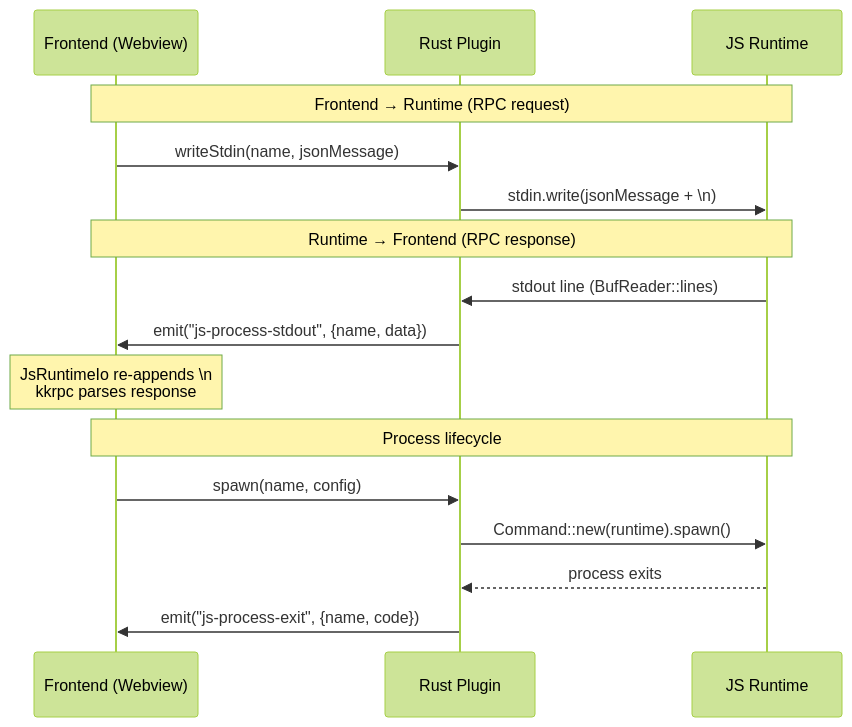
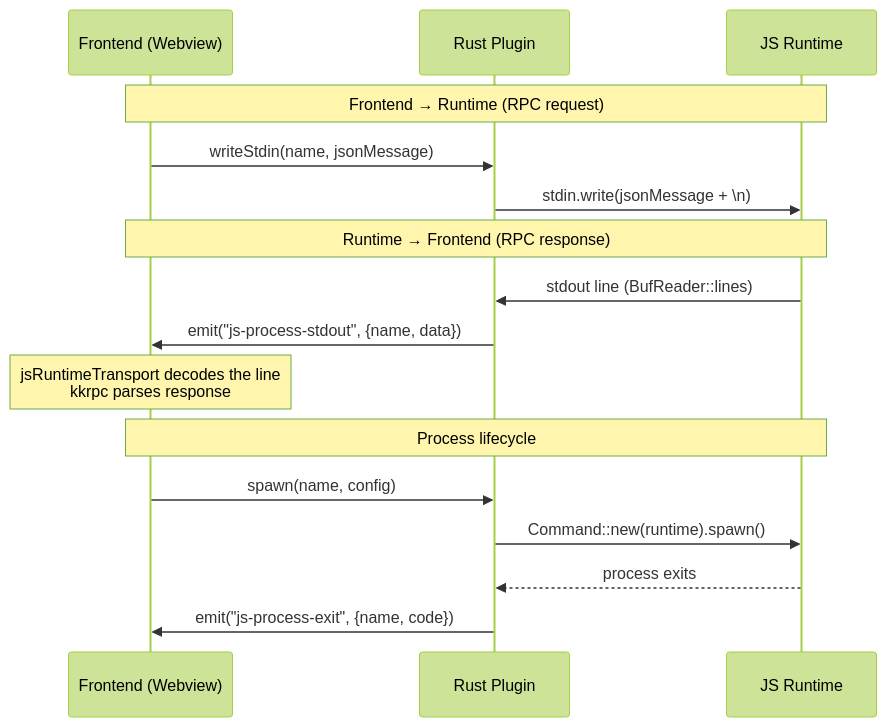
The second of 2 diagrams in README.md (HuakunShen/tauri-plugin-js), drawn with Mermaid (forest theme) before and after one commit. The commit also changed other lines of this file and 14 other files, not shown here.

First line of the commit message:
feat!: migrate to kkrpc 2.1.0 native transport API

````diff
--- a/README.md
+++ b/README.md
@@ -46,21 +46,21 @@
 ```mermaid
 sequenceDiagram
     participant FE as Frontend (Webview)
     participant RS as Rust Plugin
     participant RT as JS Runtime
 
     Note over FE,RT: Frontend → Runtime (RPC request)
     FE->>RS: writeStdin(name, jsonMessage)
     RS->>RT: stdin.write(jsonMessage + \n)
 
     Note over FE,RT: Runtime → Frontend (RPC response)
     RT->>RS: stdout line (BufReader::lines)
     RS->>FE: emit("js-process-stdout", {name, data})
-    Note over FE: JsRuntimeIo re-appends \n<br/>kkrpc parses response
+    Note over FE: jsRuntimeTransport decodes the line<br/>kkrpc parses response
 
     Note over FE,RT: Process lifecycle
     FE->>RS: spawn(name, config)
     RS->>RT: Command::new(runtime).spawn()
     RT-->>RS: process exits
     RS->>FE: emit("js-process-exit", {name, code})
 ```
````
